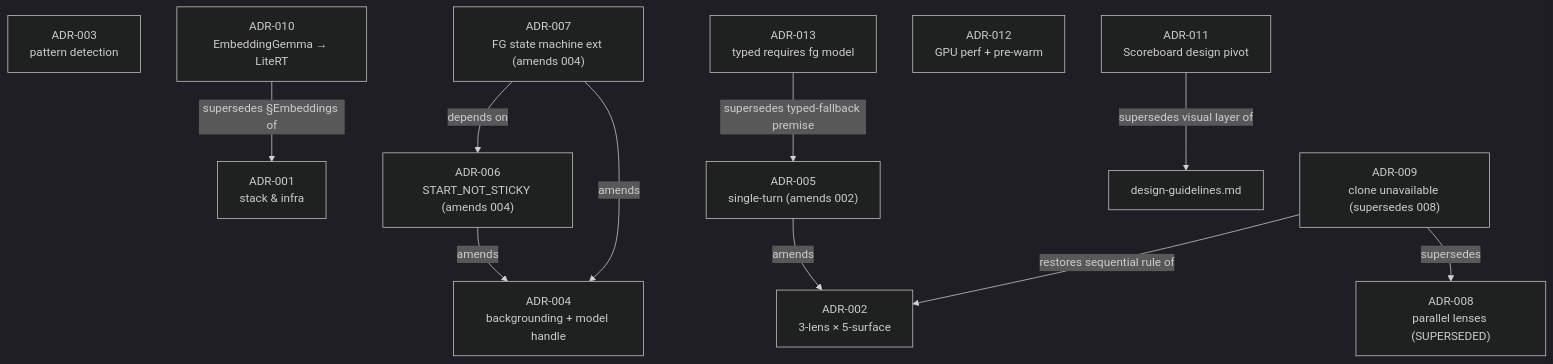
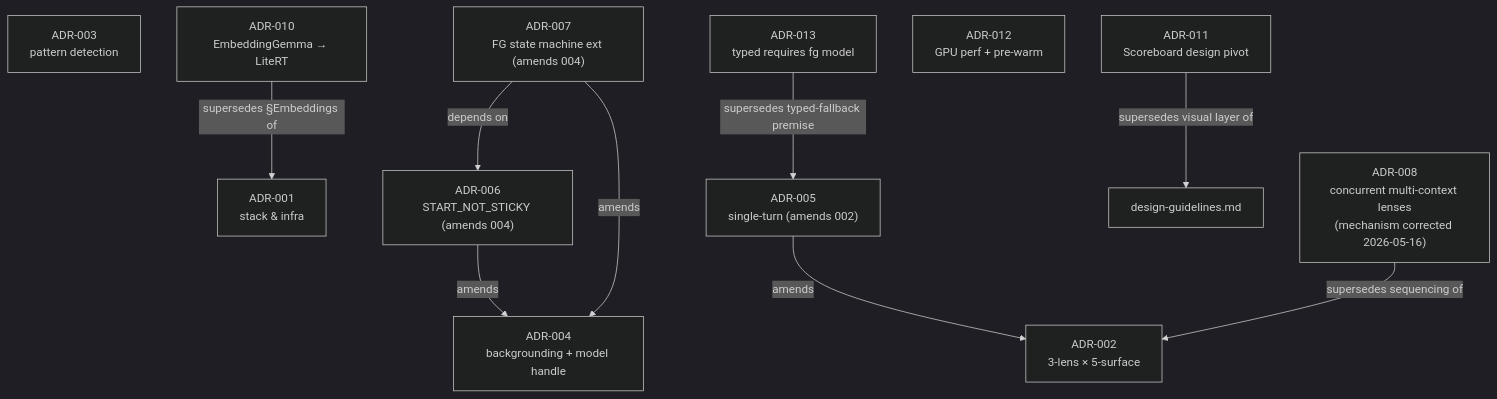
One commit to anchildress1/vestige changed the first of 6 diagrams in docs/diagrams/adr-decisions.md. Above: the diagram before and after it, drawn with Mermaid (dark theme). The commit also changed other lines of this file and 11 other files, not shown here.

````diff
--- a/docs/diagrams/adr-decisions.md
+++ b/docs/diagrams/adr-decisions.md
@@ -11,29 +12,27 @@
 ```mermaid
 flowchart TD
     accTitle: ADR supersession and amendment relationships
-    accDescr: ADR-006 and ADR-007 amend ADR-004. ADR-005 amends ADR-002. ADR-008 was superseded entirely by ADR-009, which restored ADR-002's sequential lens rule. ADR-010 supersedes ADR-001's embeddings section. ADR-011 supersedes the design-guidelines visual layer only. ADR-013 supersedes the model-free typed-fallback premise.
+    accDescr: ADR-006 and ADR-007 amend ADR-004. ADR-005 amends ADR-002. ADR-008 supersedes ADR-002's sequencing with concurrent multi-context; its mechanism was corrected 2026-05-16 (Engine.createSession/createConversation, not Session.clone); v1 ships sequential pending measurement. The interim ADR-009 was deleted as a mistake and is not in the graph. ADR-010 supersedes ADR-001's embeddings section. ADR-011 supersedes the design-guidelines visual layer only. ADR-013 supersedes the model-free typed-fallback premise.
 
     A001["ADR-001<br/>stack & infra"]
     A002["ADR-002<br/>3-lens × 5-surface"]
     A003["ADR-003<br/>pattern detection"]
     A004["ADR-004<br/>backgrounding + model handle"]
     A005["ADR-005<br/>single-turn (amends 002)"]
     A006["ADR-006<br/>START_NOT_STICKY (amends 004)"]
     A007["ADR-007<br/>FG state machine ext (amends 004)"]
-    A008["ADR-008<br/>parallel lenses (SUPERSEDED)"]
-    A009["ADR-009<br/>clone unavailable (supersedes 008)"]
+    A008["ADR-008<br/>concurrent multi-context lenses<br/>(mechanism corrected 2026-05-16)"]
     A010["ADR-010<br/>EmbeddingGemma → LiteRT"]
     A011["ADR-011<br/>Scoreboard design pivot"]
     A012["ADR-012<br/>GPU perf + pre-warm"]
     A013["ADR-013<br/>typed requires fg model"]
 
     A005 -- amends --> A002
     A006 -- amends --> A004
     A007 -- amends --> A004
     A007 -- depends on --> A006
-    A009 -- supersedes --> A008
-    A009 -- restores sequential rule of --> A002
+    A008 -- supersedes sequencing of --> A002
     A010 -- supersedes §Embeddings of --> A001
     A011 -- supersedes visual layer of --> Design["design-guidelines.md"]
     A013 -- supersedes typed-fallback premise --> A005
 ```
````
